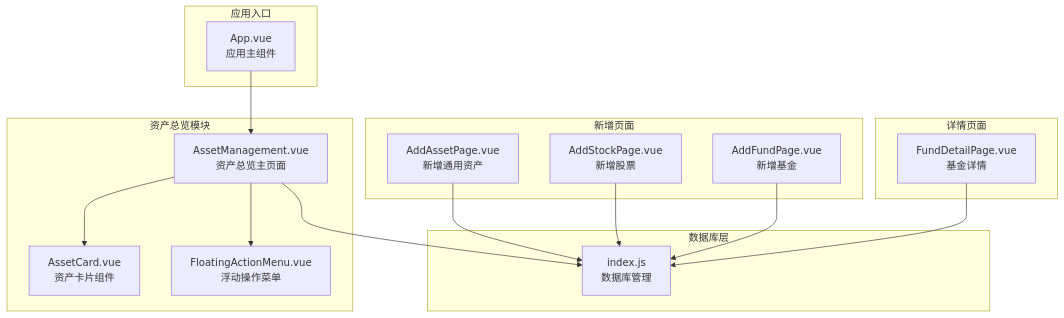
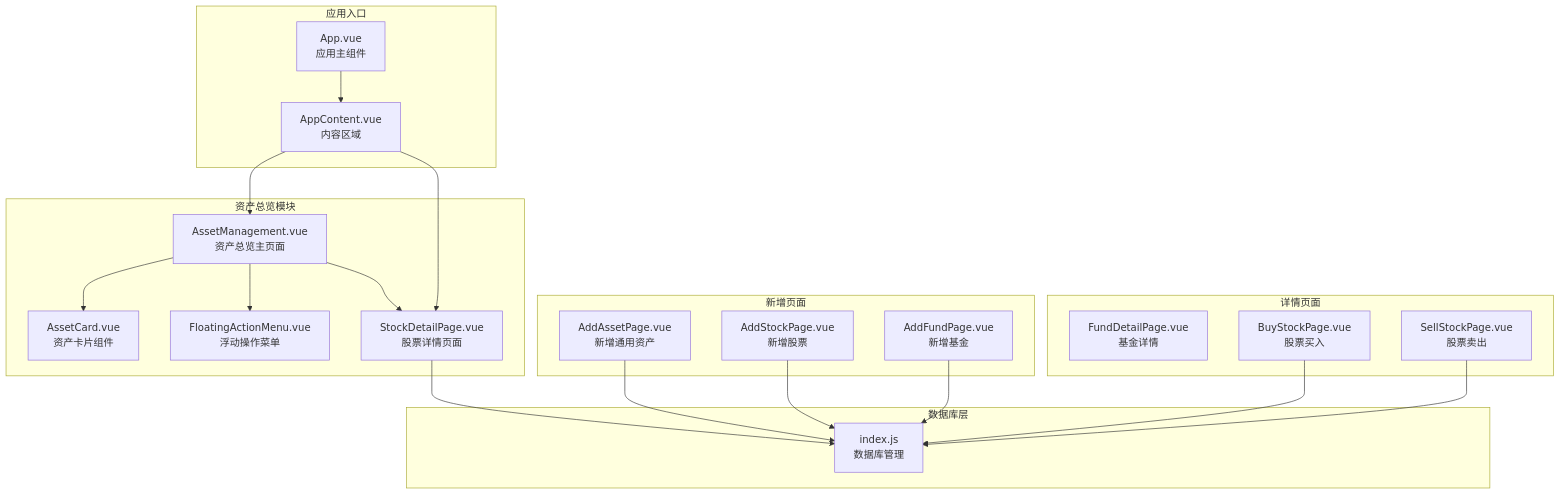
One commit to xiao-lin-unit/yuan changed the first of 13 diagrams in .qoder/repowiki/zh/content/资产管理/资产总览.md. Above: the diagram before and after it, drawn with Mermaid. The commit also changed other lines of this file and 37 other files, not shown here.

````diff
--- a/.qoder/repowiki/zh/content/资产管理/资产总览.md
+++ b/.qoder/repowiki/zh/content/资产管理/资产总览.md
@@ -36,30 +47,38 @@
 ```mermaid
 graph TB
 subgraph "资产总览模块"
 AM[AssetManagement.vue<br/>资产总览主页面]
 AC[AssetCard.vue<br/>资产卡片组件]
 FAM[FloatingActionMenu.vue<br/>浮动操作菜单]
+SDP[StockDetailPage.vue<br/>股票详情页面]
 end
 subgraph "数据库层"
 DB[index.js<br/>数据库管理]
 end
 subgraph "新增页面"
 AAP[AddAssetPage.vue<br/>新增通用资产]
 ASP[AddStockPage.vue<br/>新增股票]
 AFP[AddFundPage.vue<br/>新增基金]
 end
 subgraph "详情页面"
 FDP[FundDetailPage.vue<br/>基金详情]
+BSP[BuyStockPage.vue<br/>股票买入]
+SSP[SellStockPage.vue<br/>股票卖出]
 end
 subgraph "应用入口"
 APP[App.vue<br/>应用主组件]
+ACO[AppContent.vue<br/>内容区域]
 end
 AM --> AC
 AM --> FAM
-AM --> DB
+AM --> SDP
+SDP --> DB
 AAP --> DB
 ASP --> DB
 AFP --> DB
-FDP --> DB
-APP --> AM
+BSP --> DB
+SSP --> DB
+APP --> ACO
+ACO --> AM
+ACO --> SDP
 ```
````
